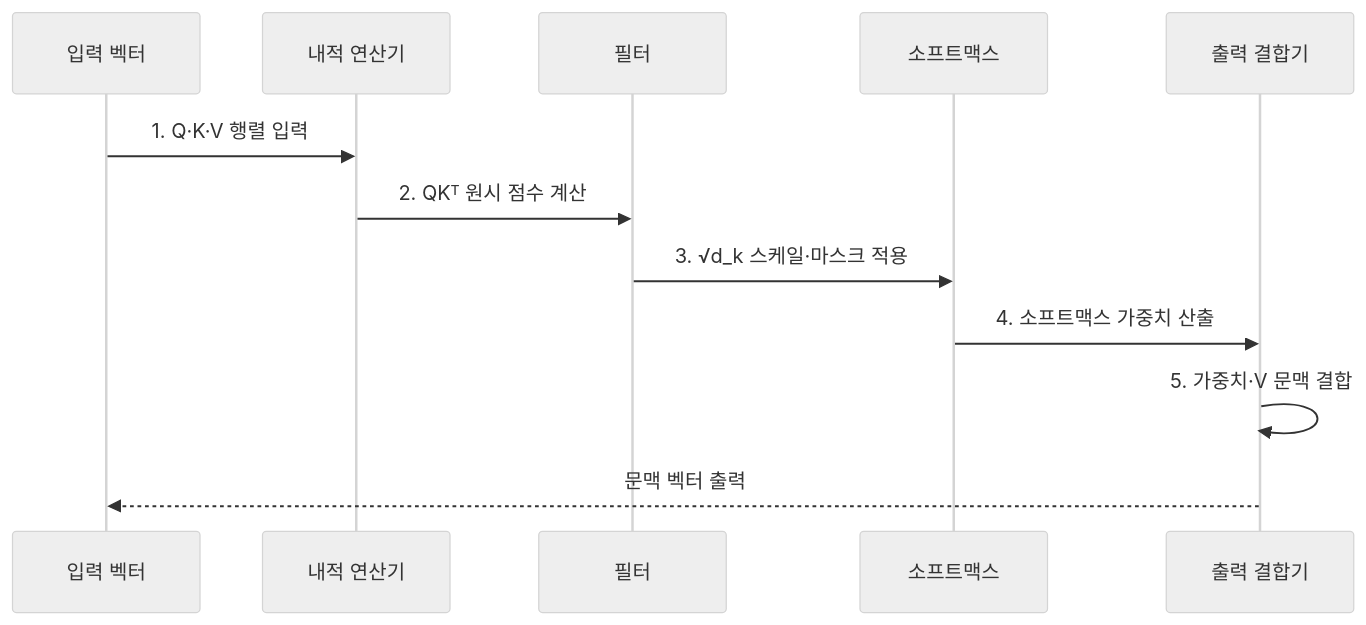
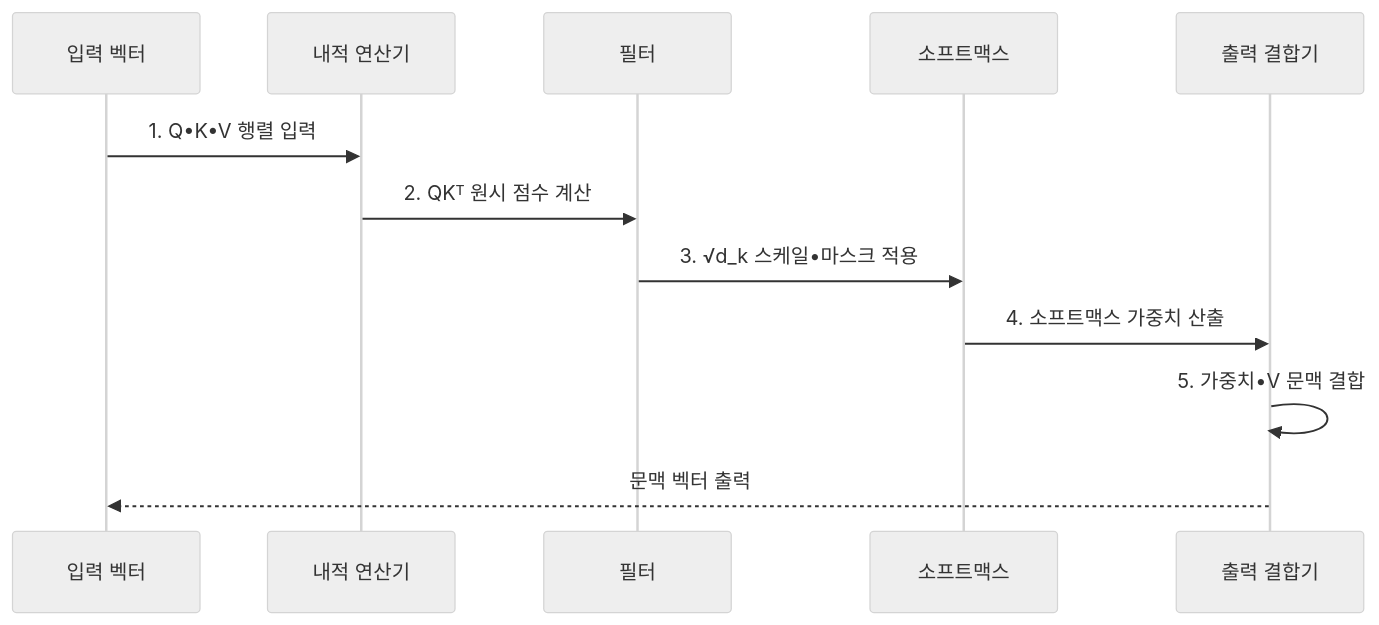
The second of 2 diagrams in src/content/docs/notes/08-latest-tech/029_scaled_dot_product_attention.md (agnusdei1207/knowledge-base), drawn with Mermaid (neutral theme) before and after one commit. The commit also changed other lines of this file and 953 other files, not shown here.

````diff
--- a/src/content/docs/notes/08-latest-tech/029_scaled_dot_product_attention.md
+++ b/src/content/docs/notes/08-latest-tech/029_scaled_dot_product_attention.md
@@ -104,14 +104,14 @@
 ```mermaid
 sequenceDiagram
     participant I as 입력 벡터
     participant D as 내적 연산기
     participant F as 필터
     participant S as 소프트맥스
     participant C as 출력 결합기
-    I->>D: 1. Q·K·V 행렬 입력
+    I->>D: 1. Q•K•V 행렬 입력
     D->>F: 2. QKᵀ 원시 점수 계산
-    F->>S: 3. √d_k 스케일·마스크 적용
+    F->>S: 3. √d_k 스케일•마스크 적용
     S->>C: 4. 소프트맥스 가중치 산출
-    C->>C: 5. 가중치·V 문맥 결합
+    C->>C: 5. 가중치•V 문맥 결합
     C-->>I: 문맥 벡터 출력
 ```
````
